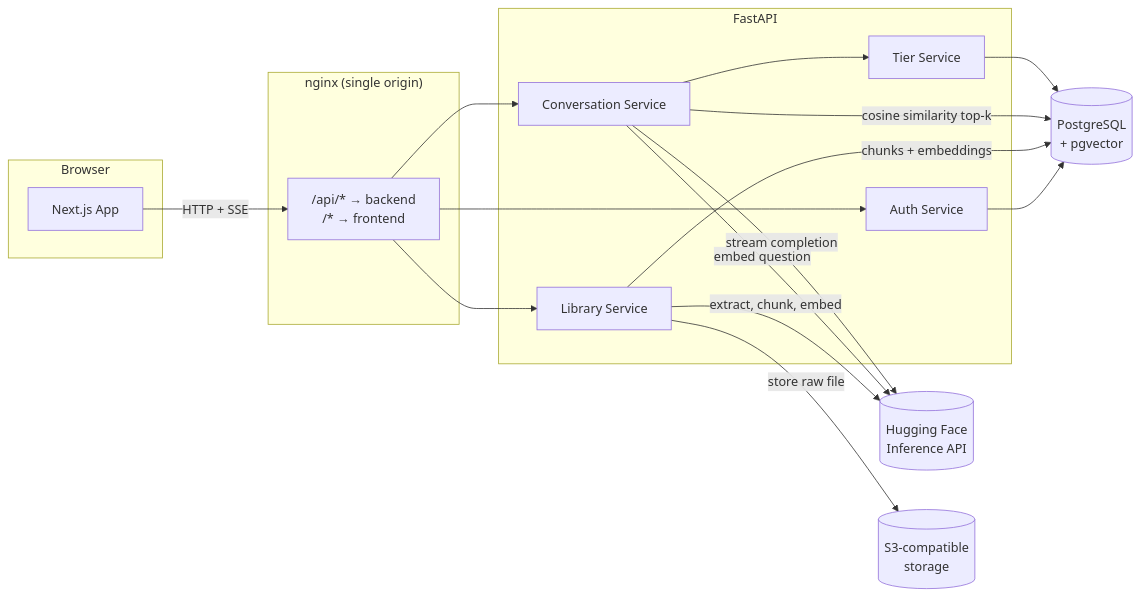
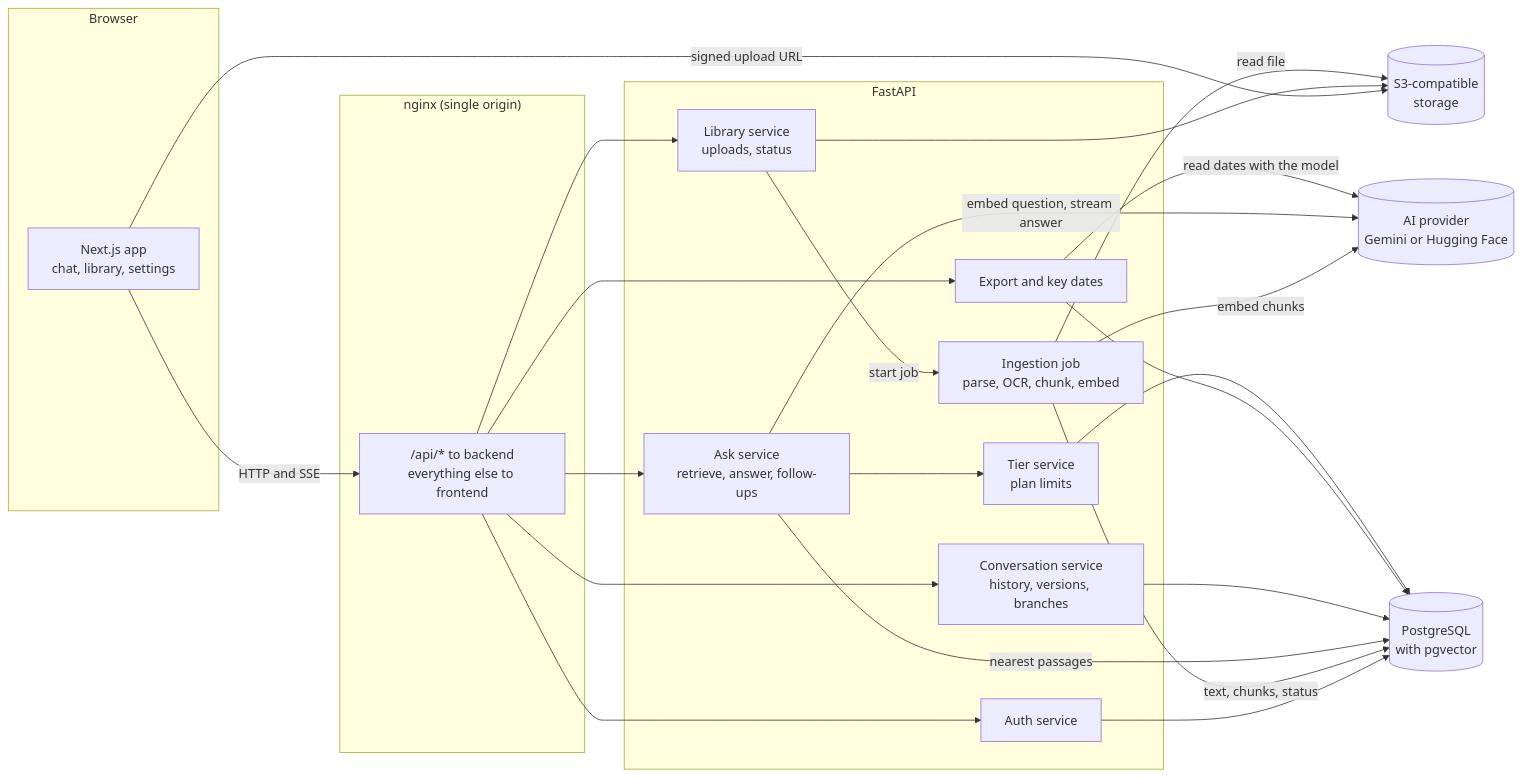
One commit to chaturved/paperwise changed the first of 2 diagrams in README.md. Above: the diagram before and after it, drawn with Mermaid. The commit also changed other lines of this file and 2 other files, not shown here.

Commit message:
Update the README flowcharts and the docs for what has shipped since v1.0

````diff
--- a/README.md
+++ b/README.md
@@ -11,35 +11,45 @@
 ```mermaid
 flowchart LR
     subgraph Browser
-        UI[Next.js App]
+        UI["Next.js app<br/>chat, library, settings"]
     end
 
-    subgraph "nginx (single origin)"
-        Proxy["/api/* → backend<br/>/* → frontend"]
+    subgraph Edge["nginx (single origin)"]
+        Proxy["/api/* to backend<br/>everything else to frontend"]
     end
 
     subgraph Backend["FastAPI"]
-        Auth[Auth Service]
-        Library[Library Service]
-        Conv[Conversation Service]
-        Tier[Tier Service]
+        Auth["Auth service"]
+        Library["Library service<br/>uploads, status"]
+        Ingest["Ingestion job<br/>parse, OCR, chunk, embed"]
+        Ask["Ask service<br/>retrieve, answer, follow-ups"]
+        Conv["Conversation service<br/>history, versions, branches"]
+        Extras["Export and key dates"]
+        Tier["Tier service<br/>plan limits"]
     end
 
-    HF[("Hugging Face<br/>Inference API")]
-    PG[("PostgreSQL<br/>+ pgvector")]
+    AI[("AI provider<br/>Gemini or Hugging Face")]
+    PG[("PostgreSQL<br/>with pgvector")]
     S3[("S3-compatible<br/>storage")]
 
-    UI -->|HTTP + SSE| Proxy
+    UI -->|"HTTP and SSE"| Proxy
+    UI -->|"signed upload URL"| S3
     Proxy --> Auth
     Proxy --> Library
+    Proxy --> Ask
     Proxy --> Conv
+    Proxy --> Extras
     Auth --> PG
-    Library -->|extract, chunk, embed| HF
-    Library -->|store raw file| S3
-    Library -->|chunks + embeddings| PG
-    Conv -->|embed question| HF
-    Conv -->|cosine similarity top-k| PG
-    Conv -->|stream completion| HF
-    Conv --> Tier
+    Library --> S3
+    Library -->|"start job"| Ingest
+    Ingest -->|"read file"| S3
+    Ingest -->|"embed chunks"| AI
+    Ingest -->|"text, chunks, status"| PG
+    Ask -->|"embed question, stream answer"| AI
+    Ask -->|"nearest passages"| PG
+    Ask --> Tier
+    Conv --> PG
+    Extras -->|"read dates with the model"| AI
+    Extras --> PG
     Tier --> PG
 ```
````
